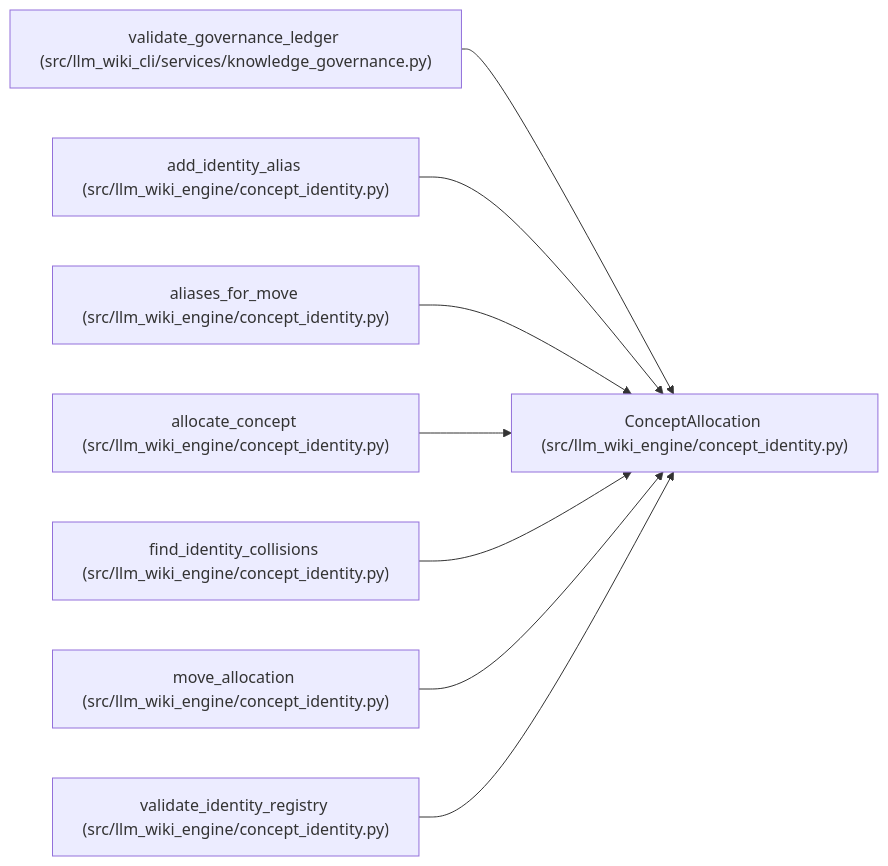
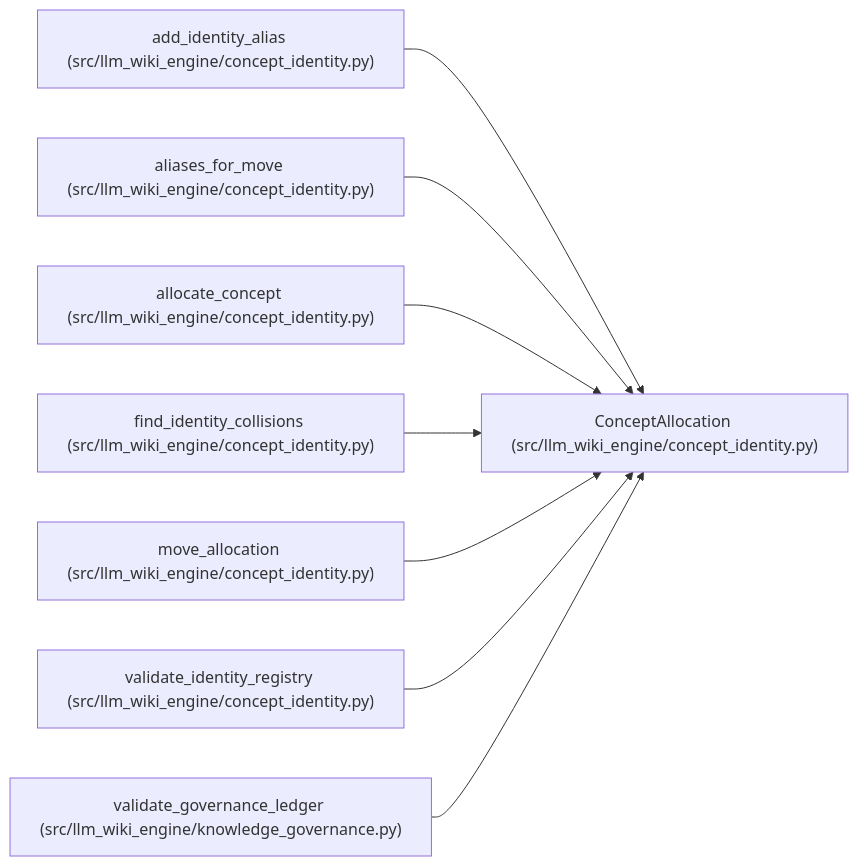
Before and after one commit to Denissvgn/python-wiki-llm: the diagram in docs/llm_wiki/entities/ConceptAllocation.md, drawn with Mermaid. The commit also changed 1058 other files, not shown here.

First line of the commit message:
docs: refresh the wiki for the knowledge store move

````diff
--- a/docs/llm_wiki/entities/ConceptAllocation.md
+++ b/docs/llm_wiki/entities/ConceptAllocation.md
@@ -33,26 +33,26 @@
 ```mermaid
 flowchart LR
     n0["ConceptAllocation (src/llm_wiki_engine/concept_identity.py)"]
-    n1["validate_governance_ledger (src/llm_wiki_cli/services/knowledge_governance.py)"]
-    n2["add_identity_alias (src/llm_wiki_engine/concept_identity.py)"]
-    n3["aliases_for_move (src/llm_wiki_engine/concept_identity.py)"]
-    n4["allocate_concept (src/llm_wiki_engine/concept_identity.py)"]
-    n5["find_identity_collisions (src/llm_wiki_engine/concept_identity.py)"]
-    n6["move_allocation (src/llm_wiki_engine/concept_identity.py)"]
-    n7["validate_identity_registry (src/llm_wiki_engine/concept_identity.py)"]
+    n1["add_identity_alias (src/llm_wiki_engine/concept_identity.py)"]
+    n2["aliases_for_move (src/llm_wiki_engine/concept_identity.py)"]
+    n3["allocate_concept (src/llm_wiki_engine/concept_identity.py)"]
+    n4["find_identity_collisions (src/llm_wiki_engine/concept_identity.py)"]
+    n5["move_allocation (src/llm_wiki_engine/concept_identity.py)"]
+    n6["validate_identity_registry (src/llm_wiki_engine/concept_identity.py)"]
+    n7["validate_governance_ledger (src/llm_wiki_engine/knowledge_governance.py)"]
     n1 --> n0
     n2 --> n0
     n3 --> n0
     n4 --> n0
     n5 --> n0
     n6 --> n0
     n7 --> n0
     click n0 "../modules/concept_identity.md"
-    click n1 "../modules/knowledge_governance.md"
+    click n1 "../modules/concept_identity.md"
     click n2 "../modules/concept_identity.md"
     click n3 "../modules/concept_identity.md"
     click n4 "../modules/concept_identity.md"
     click n5 "../modules/concept_identity.md"
     click n6 "../modules/concept_identity.md"
-    click n7 "../modules/concept_identity.md"
+    click n7 "../modules/knowledge_governance.md"
 ```
````
